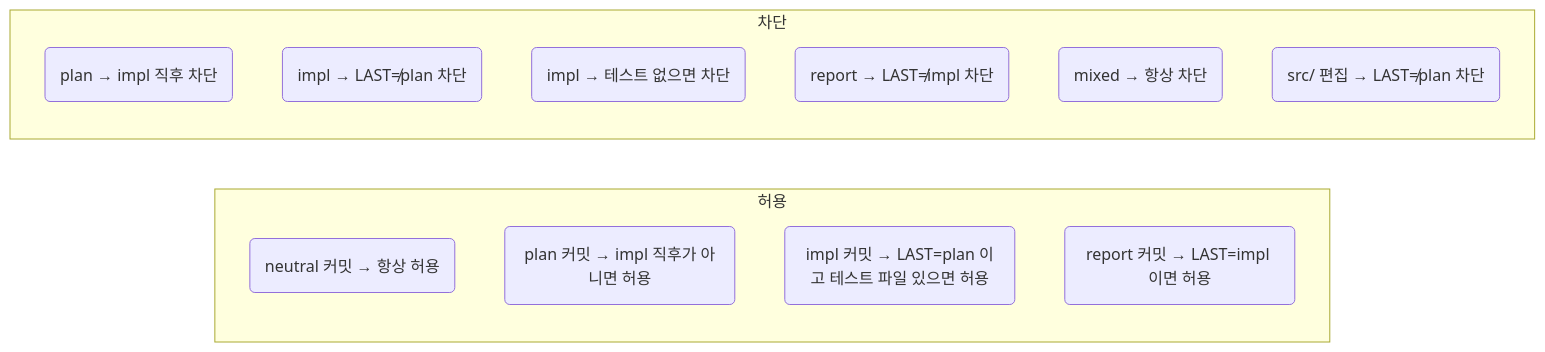
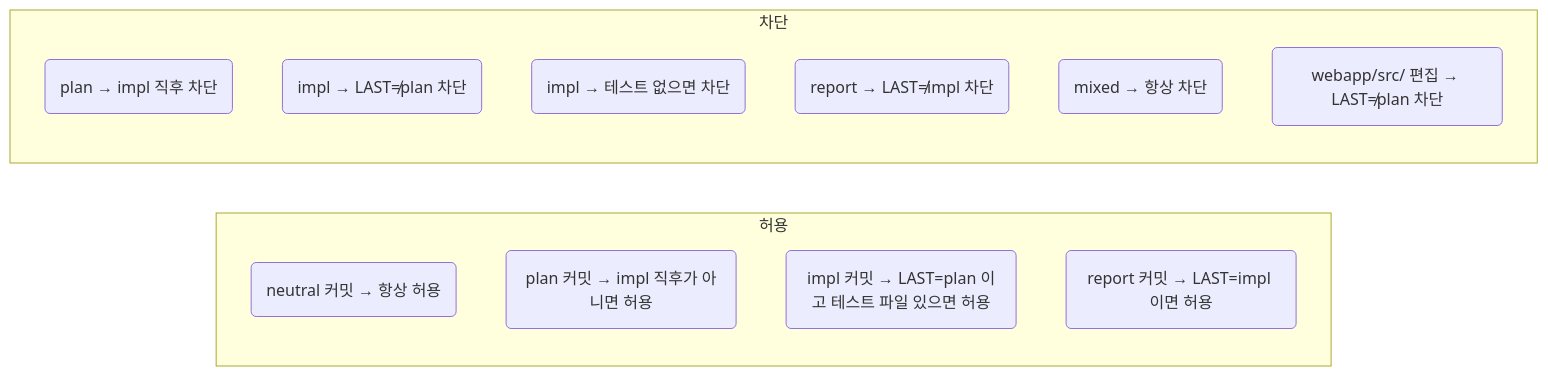
One commit to seungrye/slowmade-duckdns-org changed the second of 2 diagrams in docs/hooks.md. Above: the diagram before and after it, drawn with Mermaid. The commit also changed other lines of this file and 287 other files, not shown here.

````diff
--- a/docs/hooks.md
+++ b/docs/hooks.md
@@ -65,18 +65,18 @@
 ```mermaid
 flowchart LR
     subgraph 허용
         R1(neutral 커밋 → 항상 허용)
         R2(plan 커밋 → impl 직후가 아니면 허용)
         R3(impl 커밋 → LAST=plan 이고 테스트 파일 있으면 허용)
         R4(report 커밋 → LAST=impl 이면 허용)
     end
 
     subgraph 차단
         D1(plan → impl 직후 차단)
         D2(impl → LAST≠plan 차단)
         D3(impl → 테스트 없으면 차단)
         D4(report → LAST≠impl 차단)
         D5(mixed → 항상 차단)
-        D6(src/ 편집 → LAST≠plan 차단)
+        D6(webapp/src/ 편집 → LAST≠plan 차단)
     end
 ```
````
